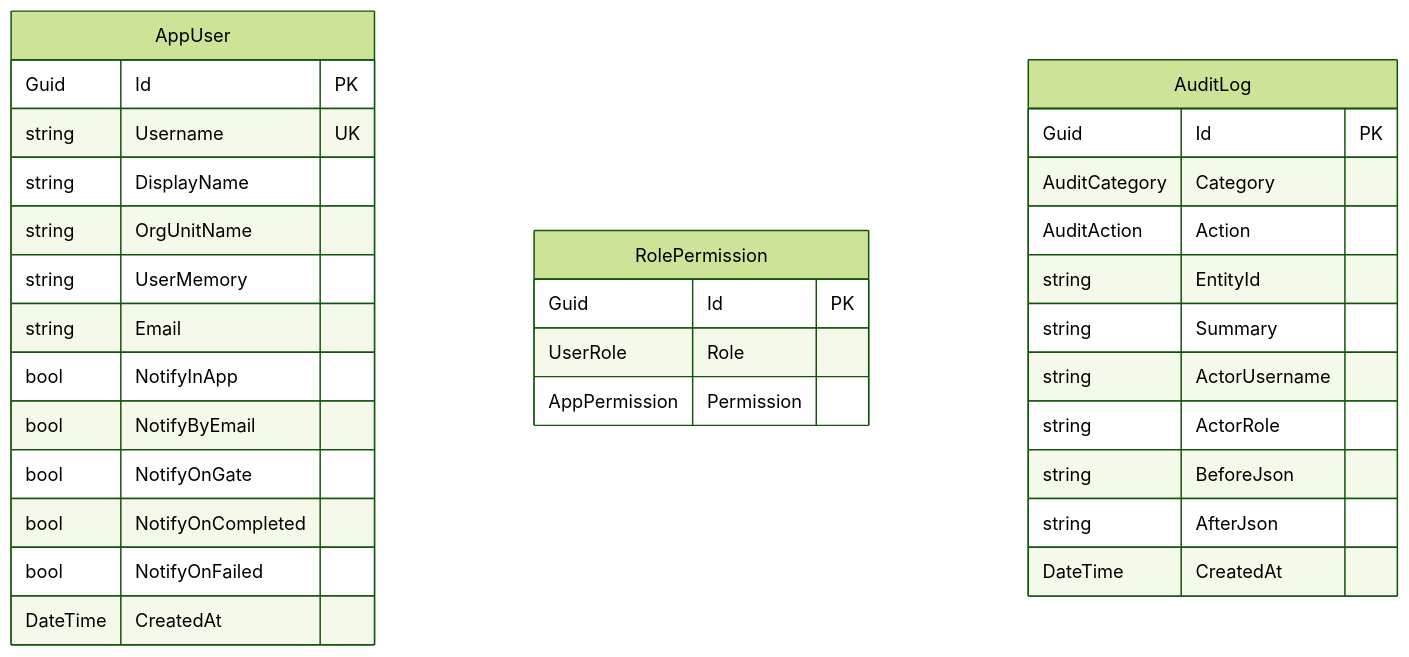
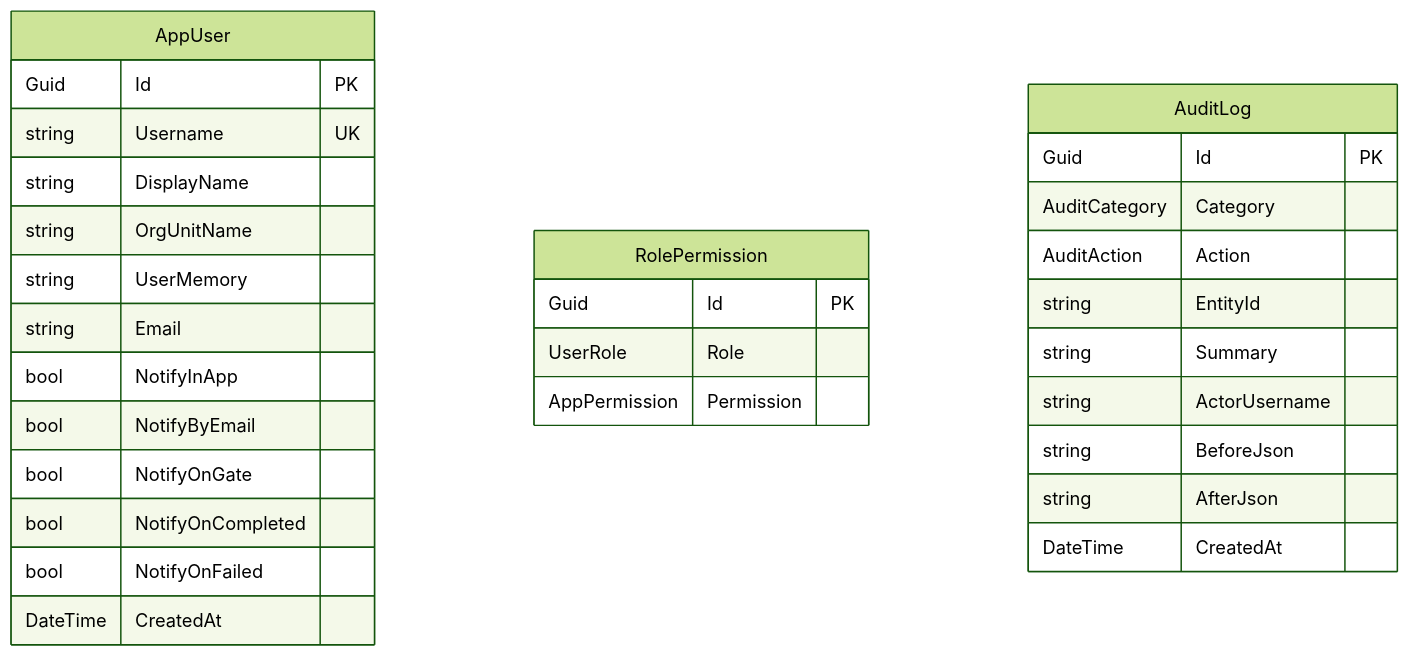
Before and after one commit to Songlong0506/ICOGenerator-v4: the sixth of 9 diagrams in docs/data-model.md, drawn with Mermaid (forest theme). The commit also changed other lines of this file and 31 other files, not shown here.

````diff
--- a/docs/data-model.md
+++ b/docs/data-model.md
@@ -361,37 +361,36 @@
 ```mermaid
 erDiagram
     AppUser {
         Guid Id PK
         string Username UK
         string DisplayName
         string OrgUnitName
         string UserMemory
         string Email
         bool NotifyInApp
         bool NotifyByEmail
         bool NotifyOnGate
         bool NotifyOnCompleted
         bool NotifyOnFailed
         DateTime CreatedAt
     }
 
 
     RolePermission {
         Guid Id PK
         UserRole Role
         AppPermission Permission
     }
 
     AuditLog {
         Guid Id PK
         AuditCategory Category
         AuditAction Action
         string EntityId
         string Summary
         string ActorUsername
-        string ActorRole
         string BeforeJson
         string AfterJson
         DateTime CreatedAt
     }
 ```
````
